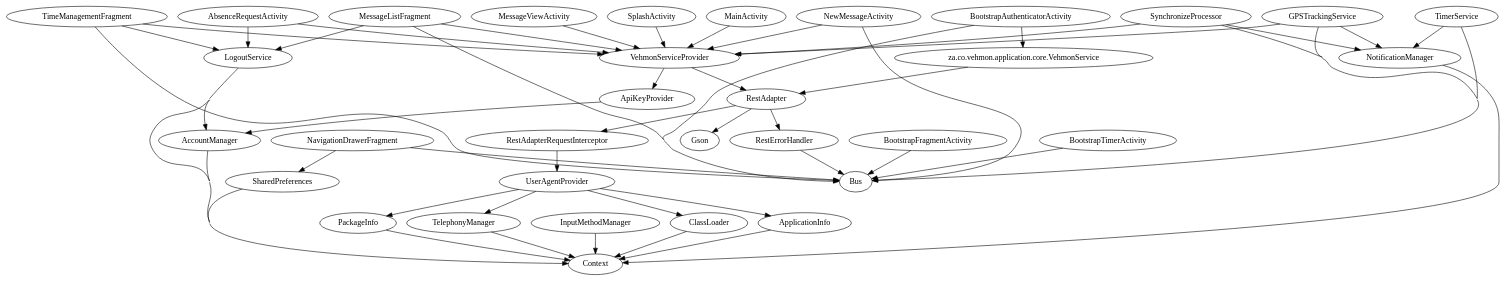
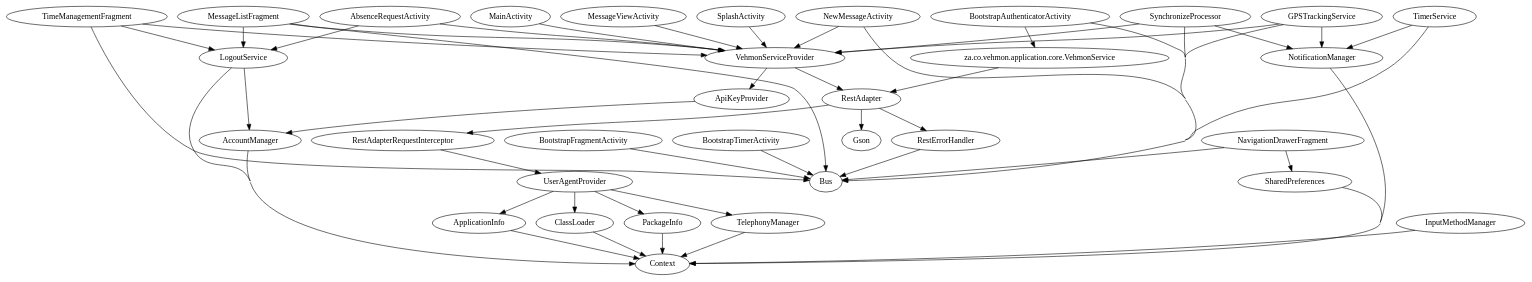
The diagram in app/build/intermediates/classes/debug/za/co/vehmon/application/RootModule.dot (Renaldobenji/android-vehmon), drawn with Graphviz before and after one commit. The commit also changed other lines of this file and 13 other files, not shown here.

```diff
--- a/app/build/intermediates/classes/debug/za/co/vehmon/application/RootModule.dot
+++ b/app/build/intermediates/classes/debug/za/co/vehmon/application/RootModule.dot
@@ -1,54 +1,54 @@
 digraph G1 {
   concentrate = true;
+  AbsenceRequestActivity -> LogoutService;
   AbsenceRequestActivity -> VehmonServiceProvider;
-  AbsenceRequestActivity -> LogoutService;
   AccountManager -> Context;
   ApiKeyProvider -> AccountManager;
   ApplicationInfo -> Context;
   n2 [label="za.co.vehmon.application.core.VehmonService"];
   BootstrapAuthenticatorActivity -> n2;
   BootstrapAuthenticatorActivity -> Bus;
   BootstrapFragmentActivity -> Bus;
   BootstrapTimerActivity -> Bus;
   ClassLoader -> Context;
   GPSTrackingService -> NotificationManager;
   GPSTrackingService -> VehmonServiceProvider;
   GPSTrackingService -> Bus;
   InputMethodManager -> Context;
   LogoutService -> AccountManager;
   LogoutService -> Context;
   MainActivity -> VehmonServiceProvider;
-  MessageListFragment -> VehmonServiceProvider;
   MessageListFragment -> LogoutService;
   MessageListFragment -> Bus;
+  MessageListFragment -> VehmonServiceProvider;
   MessageViewActivity -> VehmonServiceProvider;
   NavigationDrawerFragment -> SharedPreferences;
   NavigationDrawerFragment -> Bus;
+  NewMessageActivity -> Bus;
   NewMessageActivity -> VehmonServiceProvider;
-  NewMessageActivity -> Bus;
   NotificationManager -> Context;
   PackageInfo -> Context;
+  RestAdapter -> Gson;
+  RestAdapter -> RestAdapterRequestInterceptor;
   RestAdapter -> RestErrorHandler;
-  RestAdapter -> RestAdapterRequestInterceptor;
-  RestAdapter -> Gson;
   RestAdapterRequestInterceptor -> UserAgentProvider;
   RestErrorHandler -> Bus;
   SharedPreferences -> Context;
   SplashActivity -> VehmonServiceProvider;
   SynchronizeProcessor -> NotificationManager;
   SynchronizeProcessor -> VehmonServiceProvider;
   SynchronizeProcessor -> Bus;
   TelephonyManager -> Context;
-  TimeManagementFragment -> VehmonServiceProvider;
   TimeManagementFragment -> LogoutService;
   TimeManagementFragment -> Bus;
+  TimeManagementFragment -> VehmonServiceProvider;
   TimerService -> NotificationManager;
   TimerService -> Bus;
-  UserAgentProvider -> ClassLoader;
+  UserAgentProvider -> PackageInfo;
   UserAgentProvider -> TelephonyManager;
   UserAgentProvider -> ApplicationInfo;
-  UserAgentProvider -> PackageInfo;
+  UserAgentProvider -> ClassLoader;
   VehmonServiceProvider -> RestAdapter;
   VehmonServiceProvider -> ApiKeyProvider;
   n2 -> RestAdapter;
 }
```
